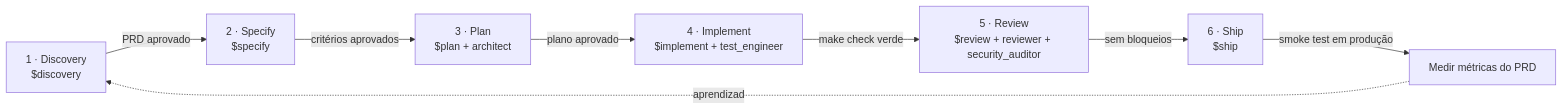
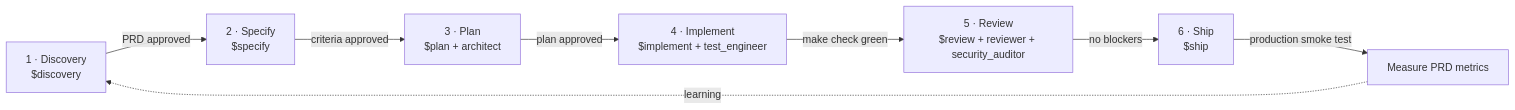
The second of 4 diagrams in README.md (spassos/codex-harness-template), drawn with Mermaid before and after one commit. The commit also changed other lines of this file, not shown here.

````diff
--- a/README.md
+++ b/README.md
@@ -121,10 +122,10 @@
 ```mermaid
 flowchart LR
-  D[1 · Discovery<br/>$discovery] -->|PRD aprovado| S[2 · Specify<br/>$specify]
-  S -->|critérios aprovados| P[3 · Plan<br/>$plan + architect]
-  P -->|plano aprovado| I[4 · Implement<br/>$implement + test_engineer]
-  I -->|make check verde| R[5 · Review<br/>$review + reviewer + security_auditor]
-  R -->|sem bloqueios| SH[6 · Ship<br/>$ship]
-  SH -->|smoke test em produção| M[Medir métricas do PRD]
-  M -.aprendizado.-> D
+  D[1 · Discovery<br/>$discovery] -->|PRD approved| S[2 · Specify<br/>$specify]
+  S -->|criteria approved| P[3 · Plan<br/>$plan + architect]
+  P -->|plan approved| I[4 · Implement<br/>$implement + test_engineer]
+  I -->|make check green| R[5 · Review<br/>$review + reviewer + security_auditor]
+  R -->|no blockers| SH[6 · Ship<br/>$ship]
+  SH -->|production smoke test| M[Measure PRD metrics]
+  M -.learning.-> D
 ```
````
